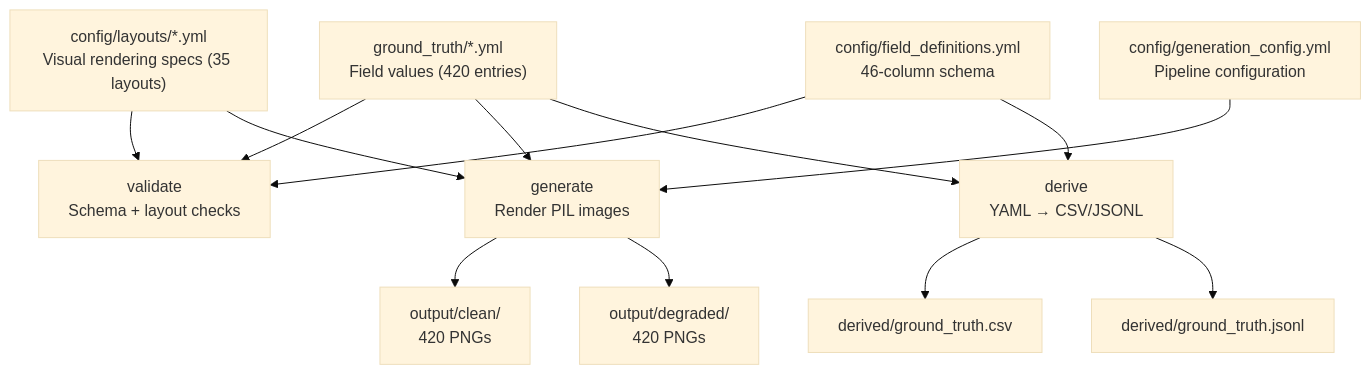
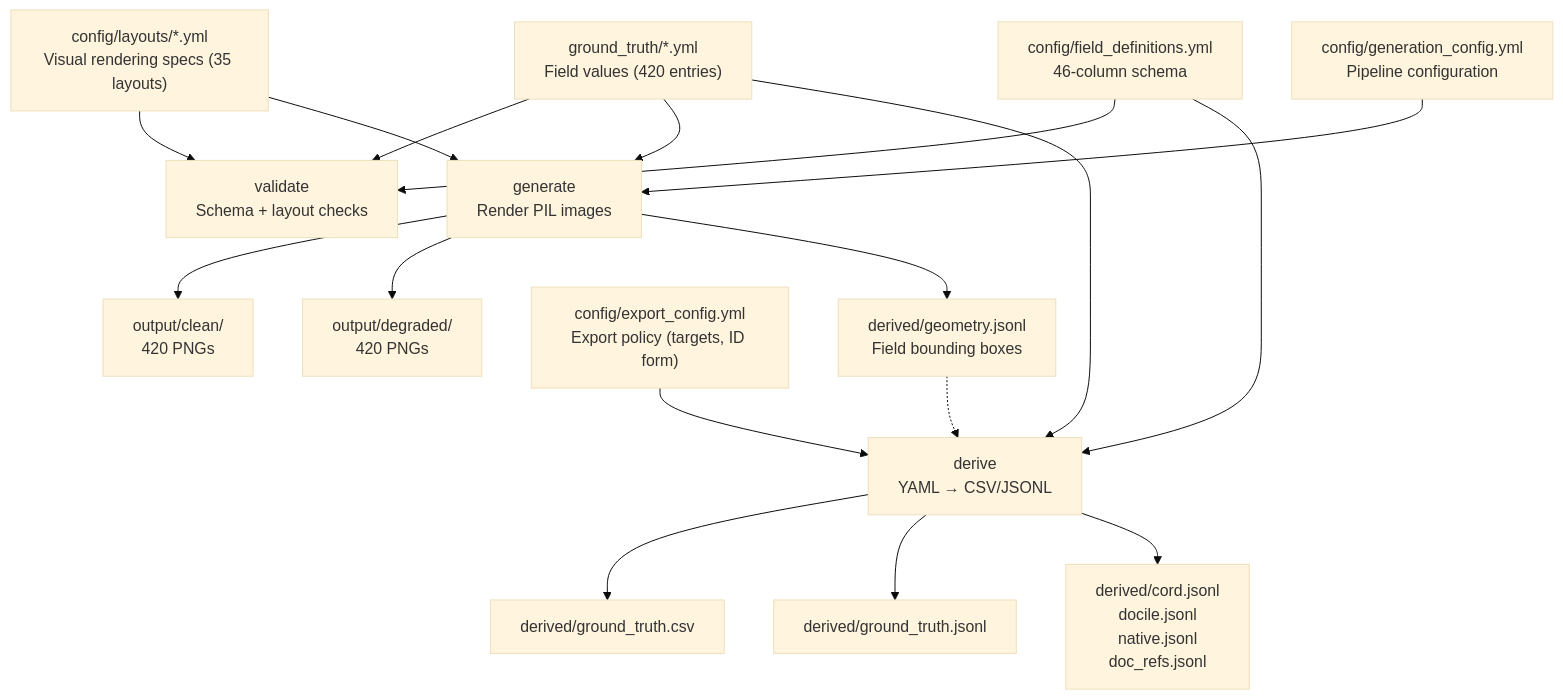
One commit to tmnestor/Synthetic_Doc_Generation changed the diagram in README.md. Above: the diagram before and after it, drawn with Mermaid (base theme). The commit also changed other lines of this file and 9 other files, not shown here.

Commit message:
📝 docs: add export spec to docs/ and document benchmark schemas

````diff
--- a/README.md
+++ b/README.md
@@ -104,23 +116,27 @@
 ```mermaid
 graph TD
     GT["ground_truth/*.yml<br/>Field values (420 entries)"]
     LR["config/layouts/*.yml<br/>Visual rendering specs (35 layouts)"]
     GC["config/generation_config.yml<br/>Pipeline configuration"]
     FD["config/field_definitions.yml<br/>46-column schema"]
 
     GT --> V["validate<br/>Schema + layout checks"]
     LR --> V
     FD --> V
 
     GT --> G["generate<br/>Render PIL images"]
     LR --> G
     GC --> G
 
     G --> CLEAN["output/clean/<br/>420 PNGs"]
     G --> DEG["output/degraded/<br/>420 PNGs"]
 
     GT --> D["derive<br/>YAML → CSV/JSONL"]
     FD --> D
+    EC["config/export_config.yml<br/>Export policy (targets, ID form)"] --> D
     D --> CSV["derived/ground_truth.csv"]
     D --> JSONL["derived/ground_truth.jsonl"]
+    D --> EXP["derived/cord.jsonl<br/>docile.jsonl<br/>native.jsonl<br/>doc_refs.jsonl"]
+    G --> GEO["derived/geometry.jsonl<br/>Field bounding boxes"]
+    GEO -.-> D
 ```
````
